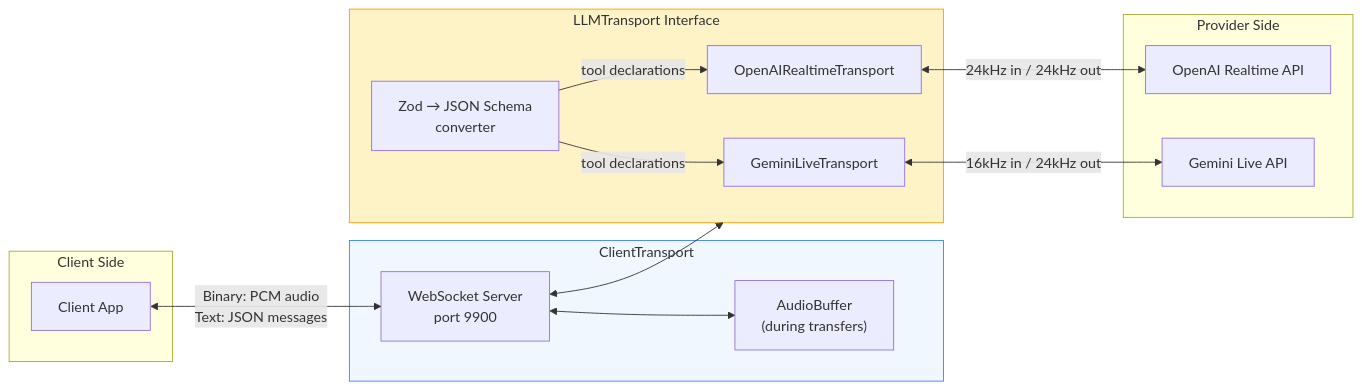
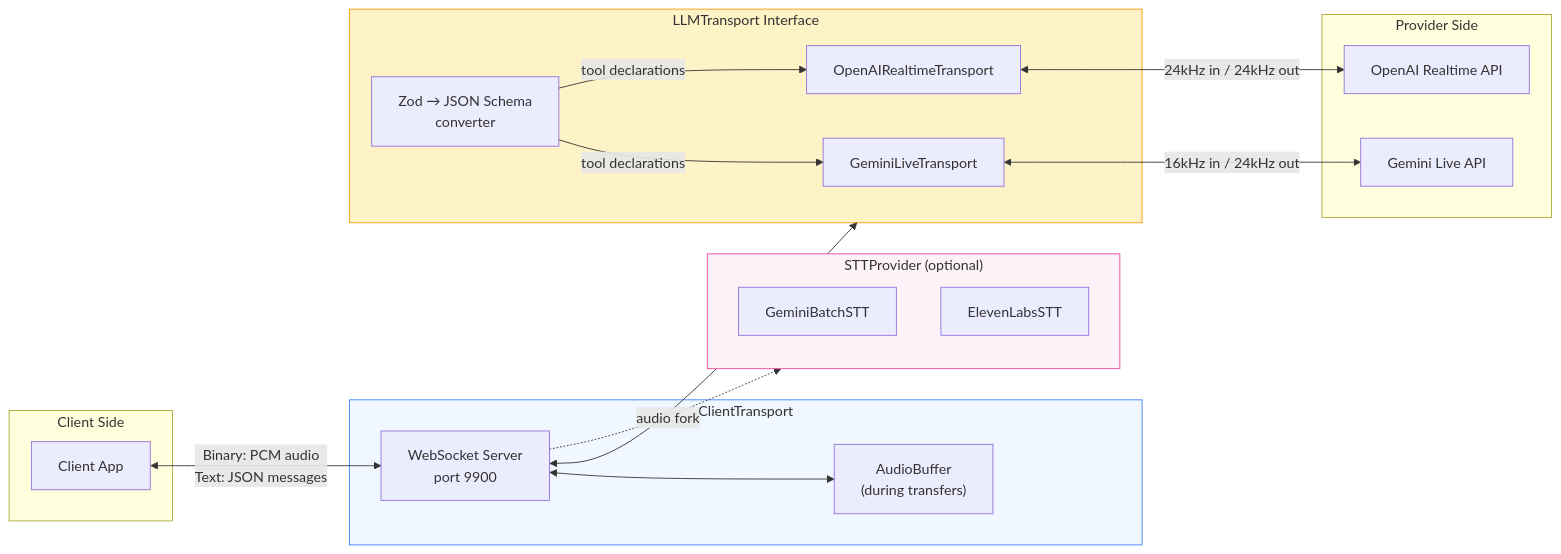
Before and after one commit to randombet/bodhi_realtime_agent: the ninth of 12 diagrams in docs/guide/architecture.md, drawn with Mermaid. The commit also changed other lines of this file and 4 other files, not shown here.

First line of the commit message:
docs: add STT provider documentation with diagrams

````diff
--- a/docs/guide/architecture.md
+++ b/docs/guide/architecture.md
@@ -229,33 +294,40 @@
 ```mermaid
 graph LR
     subgraph Client Side
         C["Client App"]
     end
 
     subgraph CT["ClientTransport"]
         WS["WebSocket Server<br/>port 9900"]
         AB["AudioBuffer<br/>(during transfers)"]
     end
 
     subgraph LT["LLMTransport Interface"]
         GLT["GeminiLiveTransport"]
         ORT["OpenAIRealtimeTransport"]
         ZS["Zod → JSON Schema<br/>converter"]
     end
 
+    subgraph STT["STTProvider (optional)"]
+        GBSTT["GeminiBatchSTT"]
+        ELSTT["ElevenLabsSTT"]
+    end
+
     subgraph Provider Side
         G["Gemini Live API"]
         O["OpenAI Realtime API"]
     end
 
     C <-->|"Binary: PCM audio<br/>Text: JSON messages"| WS
     WS <--> AB
     WS <--> LT
+    WS -.->|"audio fork"| STT
     ZS -->|"tool declarations"| GLT
     ZS -->|"tool declarations"| ORT
     GLT <-->|"16kHz in / 24kHz out"| G
     ORT <-->|"24kHz in / 24kHz out"| O
 
     style CT fill:#f0f7ff,stroke:#3b82f6
     style LT fill:#fef3c7,stroke:#f59e0b
+    style STT fill:#fdf2f8,stroke:#ec4899
 ```
````
